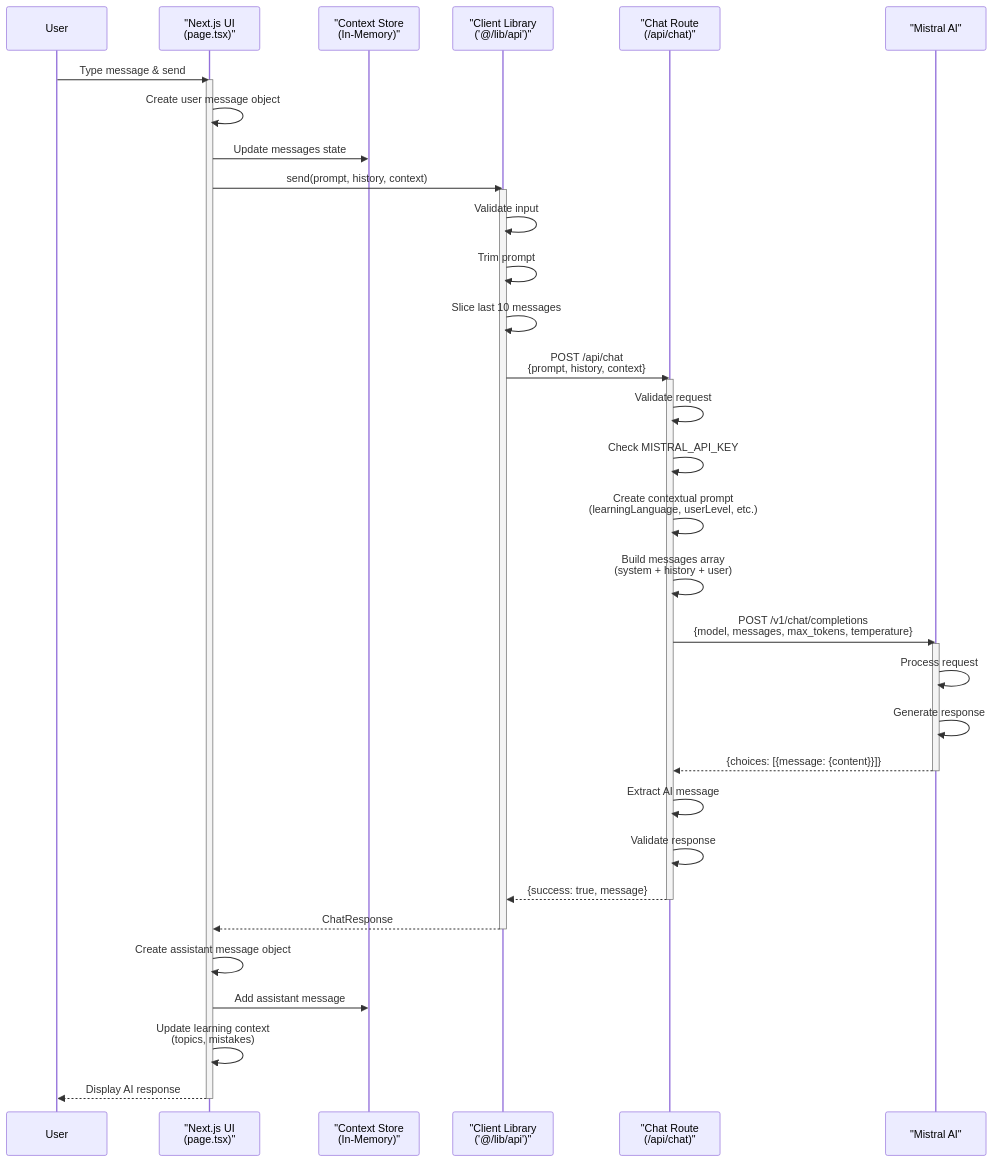
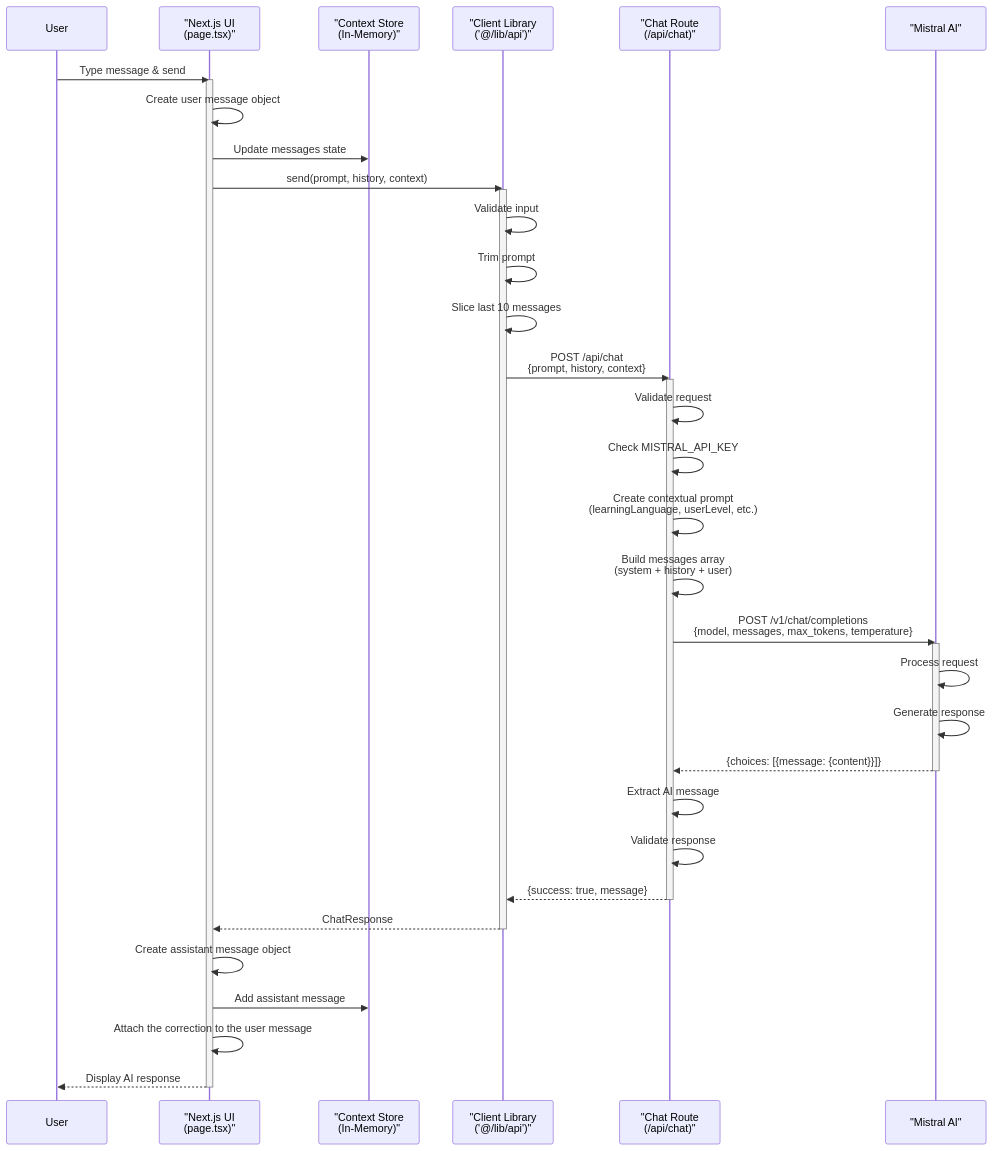
The second of 3 diagrams in README.md (Yvesei/LangBot), drawn with Mermaid before and after one commit. The commit also changed other lines of this file and 74 other files, not shown here.

````diff
--- a/README.md
+++ b/README.md
@@ -253,57 +244,57 @@
 ```mermaid
 sequenceDiagram
   %% Language Learning Chatbot - Main Chat Flow
   participant User as User
   participant UI as "Next.js UI<br>(page.tsx)"
   participant Context as "Context Store<br>(In-Memory)"
   participant ClientLib as "Client Library<br>('@/lib/api')"
   participant ChatAPI as "Chat Route<br>(/api/chat)"
   participant Mistral as "Mistral AI"
 
   User->>UI: Type message & send
   activate UI
 
   UI->>UI: Create user message object
   UI->>Context: Update messages state
 
   UI->>ClientLib: send(prompt, history, context)
   activate ClientLib
 
   ClientLib->>ClientLib: Validate input
   ClientLib->>ClientLib: Trim prompt
   ClientLib->>ClientLib: Slice last 10 messages
 
   ClientLib->>ChatAPI: POST /api/chat<br>{prompt, history, context}
   activate ChatAPI
 
   ChatAPI->>ChatAPI: Validate request
   ChatAPI->>ChatAPI: Check MISTRAL_API_KEY
 
   ChatAPI->>ChatAPI: Create contextual prompt<br>(learningLanguage, userLevel, etc.)
   ChatAPI->>ChatAPI: Build messages array<br>(system + history + user)
 
   ChatAPI->>Mistral: POST /v1/chat/completions<br>{model, messages, max_tokens, temperature}
   activate Mistral
 
   Mistral->>Mistral: Process request
   Mistral->>Mistral: Generate response
 
   Mistral-->>ChatAPI: {choices: [{message: {content}}]}
   deactivate Mistral
 
   ChatAPI->>ChatAPI: Extract AI message
   ChatAPI->>ChatAPI: Validate response
 
   ChatAPI-->>ClientLib: {success: true, message}
   deactivate ChatAPI
 
   ClientLib-->>UI: ChatResponse
   deactivate ClientLib
 
   UI->>UI: Create assistant message object
   UI->>Context: Add assistant message
-  UI->>UI: Update learning context<br>(topics, mistakes)
+  UI->>UI: Attach the correction to the user message
 
   UI-->>User: Display AI response
   deactivate UI
 ```
````
